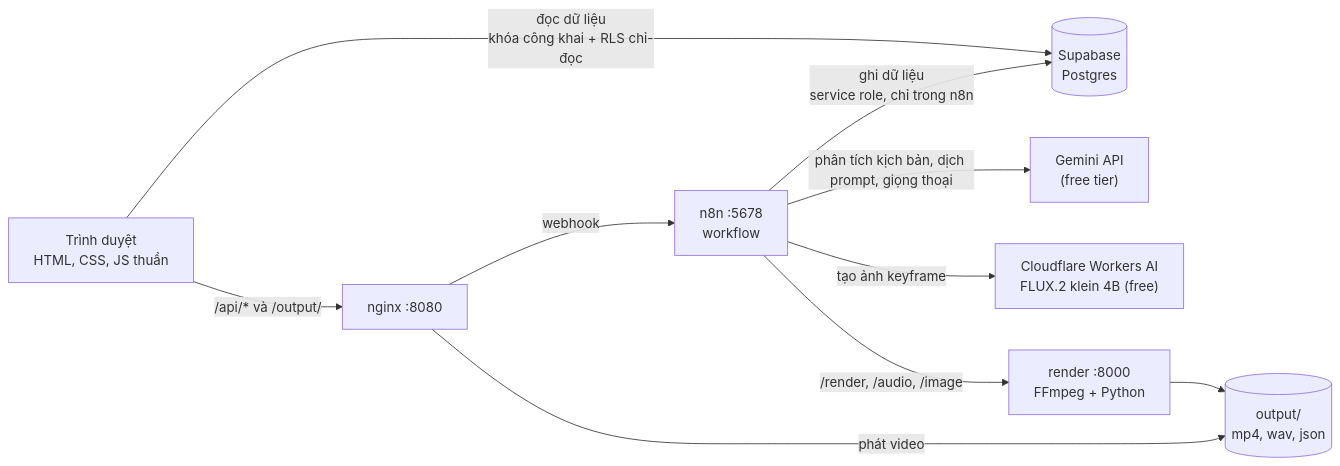
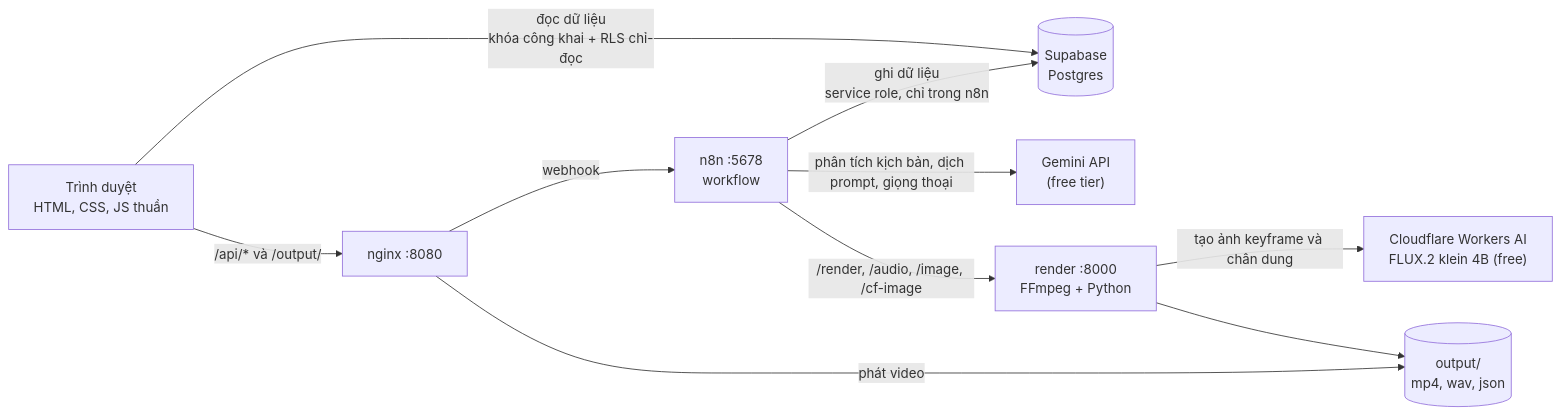
The first of 2 diagrams in README.md (qkimhung911-prog/storyforge), drawn with Mermaid before and after one commit. The commit also changed other lines of this file and 26 other files, not shown here.

````diff
--- a/README.md
+++ b/README.md
@@ -29,12 +30,12 @@
 ```mermaid
 flowchart LR
   B["Trình duyệt<br/>HTML, CSS, JS thuần"] -->|"đọc dữ liệu<br/>khóa công khai + RLS chỉ-đọc"| DB[("Supabase<br/>Postgres")]
   B -->|"/api/* và /output/"| NG["nginx :8080"]
   NG -->|webhook| N8["n8n :5678<br/>workflow"]
   N8 -->|"phân tích kịch bản, dịch prompt, giọng thoại"| G["Gemini API<br/>(free tier)"]
-  N8 -->|"tạo ảnh keyframe"| CF["Cloudflare Workers AI<br/>FLUX.2 klein 4B (free)"]
+  R -->|"tạo ảnh keyframe và chân dung"| CF["Cloudflare Workers AI<br/>FLUX.2 klein 4B (free)"]
   N8 -->|"ghi dữ liệu<br/>service role, chỉ trong n8n"| DB
-  N8 -->|"/render, /audio, /image"| R["render :8000<br/>FFmpeg + Python"]
+  N8 -->|"/render, /audio, /image, /cf-image"| R["render :8000<br/>FFmpeg + Python"]
   R --> O[("output/<br/>mp4, wav, json")]
   NG -->|"phát video"| O
 ```
````
